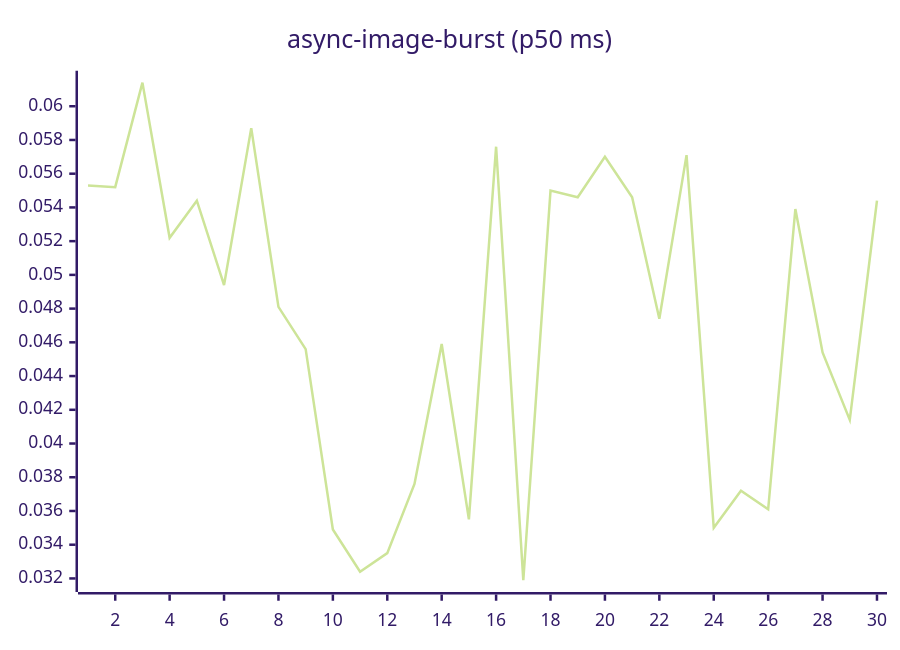
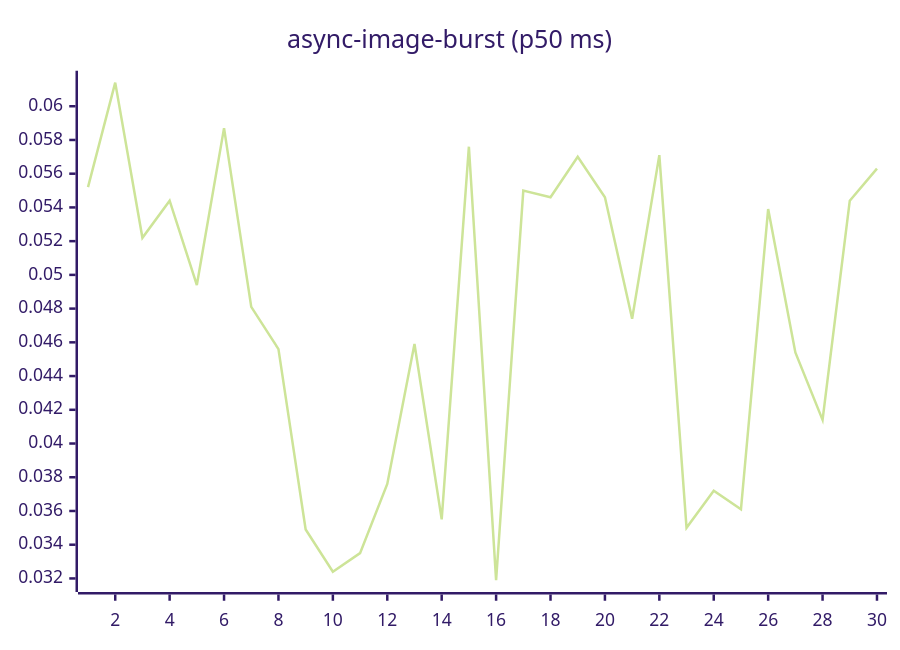
Before and after one commit to josha/Facet: the fourth of 27 diagrams in README.md, drawn with Mermaid (forest theme). The commit also changed other lines of this file and 2 other files, not shown here.

````diff
--- a/README.md
+++ b/README.md
@@ -84,6 +84,6 @@
 ```mermaid
 xychart-beta
     title "async-image-burst (p50 ms)"
     x-axis 1 --> 30
-    line [0.0553, 0.0552, 0.0614, 0.0522, 0.0544, 0.0494, 0.0587, 0.0481, 0.0456, 0.0349, 0.0324, 0.0335, 0.0376, 0.0459, 0.0355, 0.0576, 0.0319, 0.0550, 0.0546, 0.0570, 0.0546, 0.0474, 0.0571, 0.0350, 0.0372, 0.0361, 0.0539, 0.0454, 0.0414, 0.0544]
+    line [0.0552, 0.0614, 0.0522, 0.0544, 0.0494, 0.0587, 0.0481, 0.0456, 0.0349, 0.0324, 0.0335, 0.0376, 0.0459, 0.0355, 0.0576, 0.0319, 0.0550, 0.0546, 0.0570, 0.0546, 0.0474, 0.0571, 0.0350, 0.0372, 0.0361, 0.0539, 0.0454, 0.0414, 0.0544, 0.0563]
 ```
````
